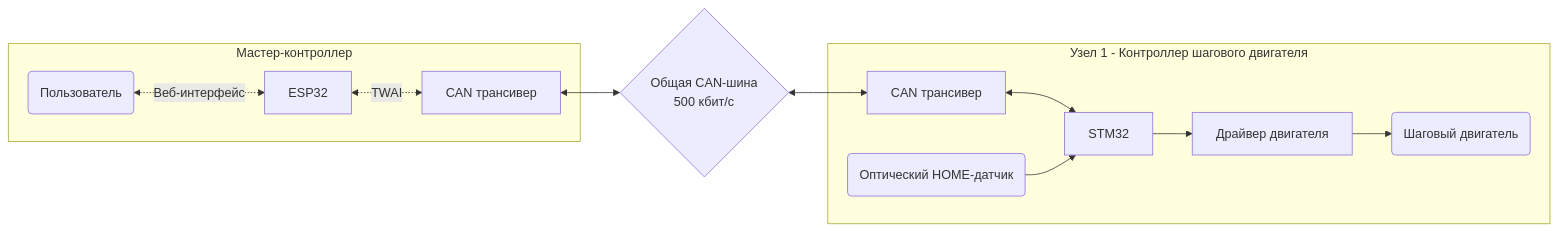
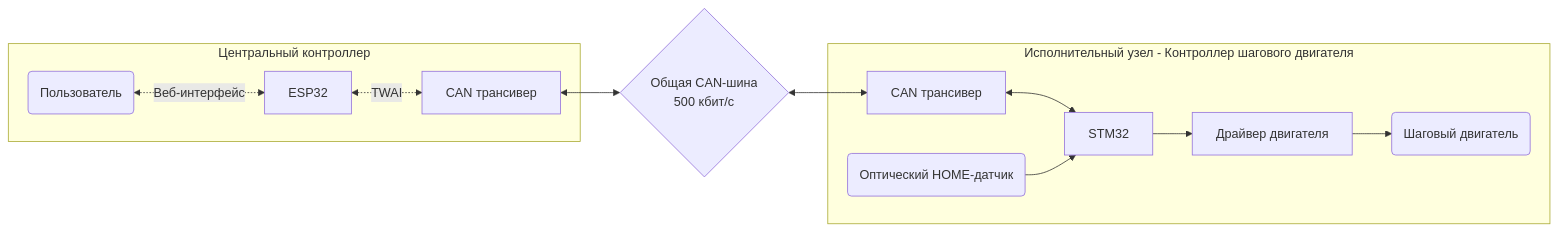
Before and after one commit to malcevandrew/Distributed-Motion-System: the diagram in README.md, drawn with Mermaid. The commit also changed other lines of this file, not shown here.

````diff
--- a/README.md
+++ b/README.md
@@ -27,27 +25,27 @@
 ```mermaid
 flowchart LR
     User( Пользователь )
     Master[ ESP32 ]
     Bus{ Общая CAN-шина<br/>500 кбит/с }
     Node1[ STM32 ]
     Driver[ Драйвер двигателя ]
     Motor( Шаговый двигатель )
     Sensor( Оптический HOME-датчик )
     Trans0[ CAN трансивер ]
     Trans1[ CAN трансивер ]
 
-    subgraph Мастер-контроллер [Мастер-контроллер]
+    subgraph Центральный контроллер [Центральный контроллер]
         User <-. Веб-интерфейс .-> Master
         Master <-. TWAI .-> Trans0
     end
 
     Trans0 <--> Bus
     Bus <--> Trans1
 
-    subgraph Узел 1 - Контроллер шагового двигателя [Узел 1 - Контроллер шагового двигателя]
+    subgraph Контроллер шагового двигателя [Исполнительный узел - Контроллер шагового двигателя]
         Trans1 <--> Node1
         Sensor --> Node1
         Node1 --> Driver
         Driver --> Motor
     end
 ```
````
